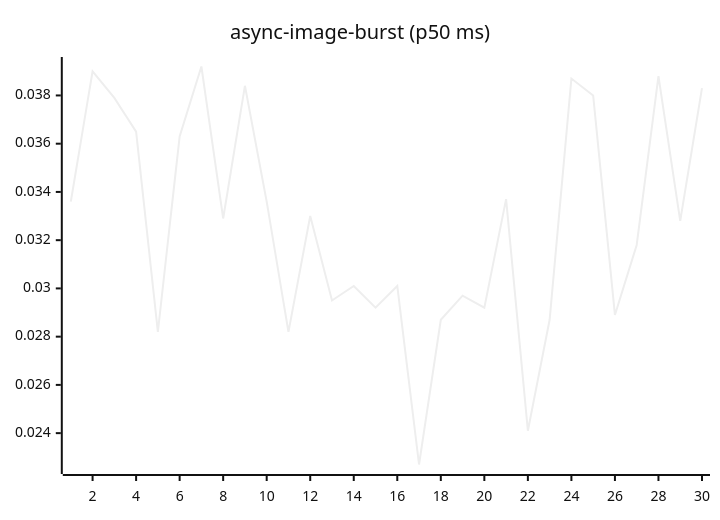
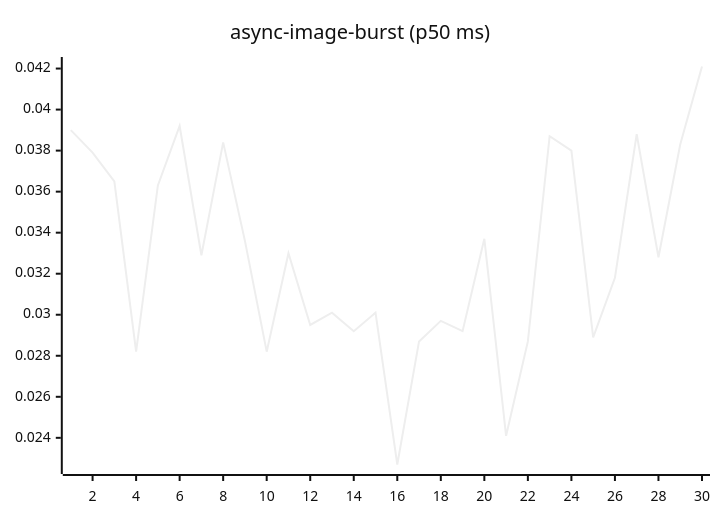
The fourth of 27 diagrams in README.md (josha/Facet), drawn with Mermaid (neutral theme) before and after one commit. The commit also changed other lines of this file and 2 other files, not shown here.

````diff
--- a/README.md
+++ b/README.md
@@ -84,6 +84,6 @@
 ```mermaid
 xychart-beta
     title "async-image-burst (p50 ms)"
     x-axis 1 --> 30
-    line [0.0336, 0.0390, 0.0379, 0.0365, 0.0282, 0.0363, 0.0392, 0.0329, 0.0384, 0.0336, 0.0282, 0.0330, 0.0295, 0.0301, 0.0292, 0.0301, 0.0227, 0.0287, 0.0297, 0.0292, 0.0337, 0.0241, 0.0287, 0.0387, 0.0380, 0.0289, 0.0318, 0.0388, 0.0328, 0.0383]
+    line [0.0390, 0.0379, 0.0365, 0.0282, 0.0363, 0.0392, 0.0329, 0.0384, 0.0336, 0.0282, 0.0330, 0.0295, 0.0301, 0.0292, 0.0301, 0.0227, 0.0287, 0.0297, 0.0292, 0.0337, 0.0241, 0.0287, 0.0387, 0.0380, 0.0289, 0.0318, 0.0388, 0.0328, 0.0383, 0.0421]
 ```
````
